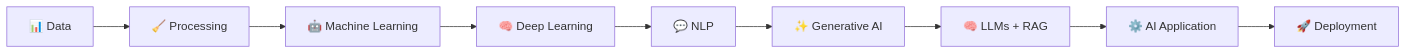
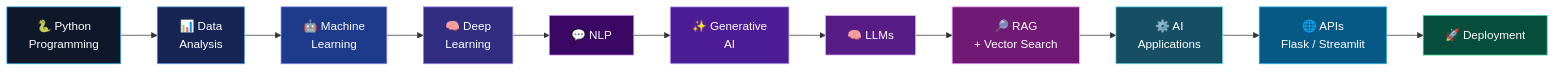
Before and after one commit to Bhavesh950/Bhavesh950: the first of 2 diagrams in README.md, drawn with Mermaid. The commit also changed other lines of this file, not shown here.

````diff
--- a/README.md
+++ b/README.md
@@ -89,11 +104,25 @@
 ```mermaid
 flowchart LR
-    A["📊 Data"] --> B["🧹 Processing"]
-    B --> C["🤖 Machine Learning"]
-    C --> D["🧠 Deep Learning"]
+    A["🐍 Python<br/>Programming"] --> B["📊 Data<br/>Analysis"]
+    B --> C["🤖 Machine<br/>Learning"]
+    C --> D["🧠 Deep<br/>Learning"]
     D --> E["💬 NLP"]
-    E --> F["✨ Generative AI"]
-    F --> G["🧠 LLMs + RAG"]
-    G --> H["⚙️ AI Application"]
-    H --> I["🚀 Deployment"]
+    E --> F["✨ Generative<br/>AI"]
+    F --> G["🧠 LLMs"]
+    G --> H["🔎 RAG<br/>+ Vector Search"]
+    H --> I["⚙️ AI<br/>Applications"]
+    I --> J["🌐 APIs<br/>Flask / Streamlit"]
+    J --> K["🚀 Deployment"]
+
+    style A fill:#0F172A,color:#FFFFFF,stroke:#38BDF8
+    style B fill:#172554,color:#FFFFFF,stroke:#60A5FA
+    style C fill:#1E3A8A,color:#FFFFFF,stroke:#818CF8
+    style D fill:#312E81,color:#FFFFFF,stroke:#A78BFA
+    style E fill:#3B0764,color:#FFFFFF,stroke:#C084FC
+    style F fill:#4C1D95,color:#FFFFFF,stroke:#C4B5FD
+    style G fill:#581C87,color:#FFFFFF,stroke:#D8B4FE
+    style H fill:#701A75,color:#FFFFFF,stroke:#F0ABFC
+    style I fill:#164E63,color:#FFFFFF,stroke:#67E8F9
+    style J fill:#075985,color:#FFFFFF,stroke:#38BDF8
+    style K fill:#064E3B,color:#FFFFFF,stroke:#34D399
 ```
````
